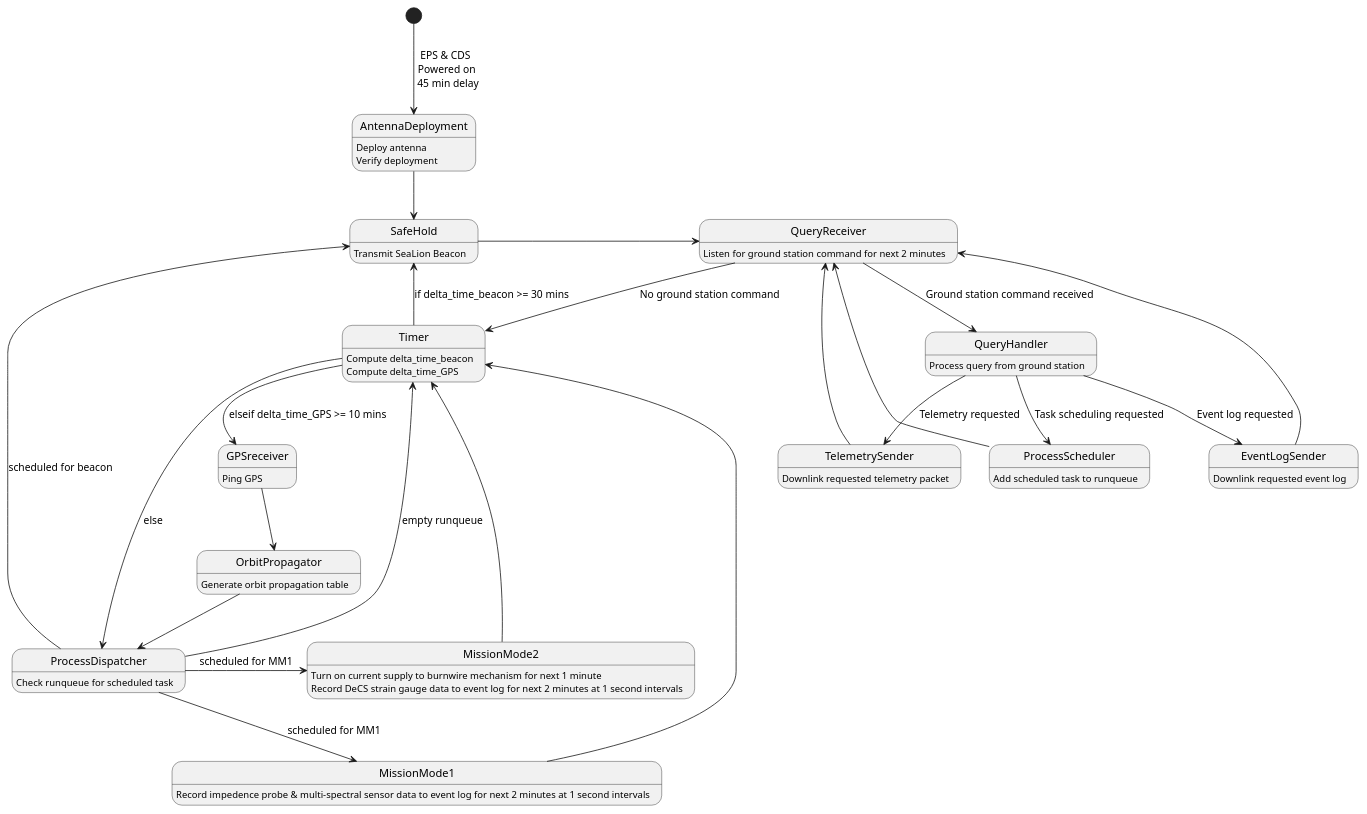
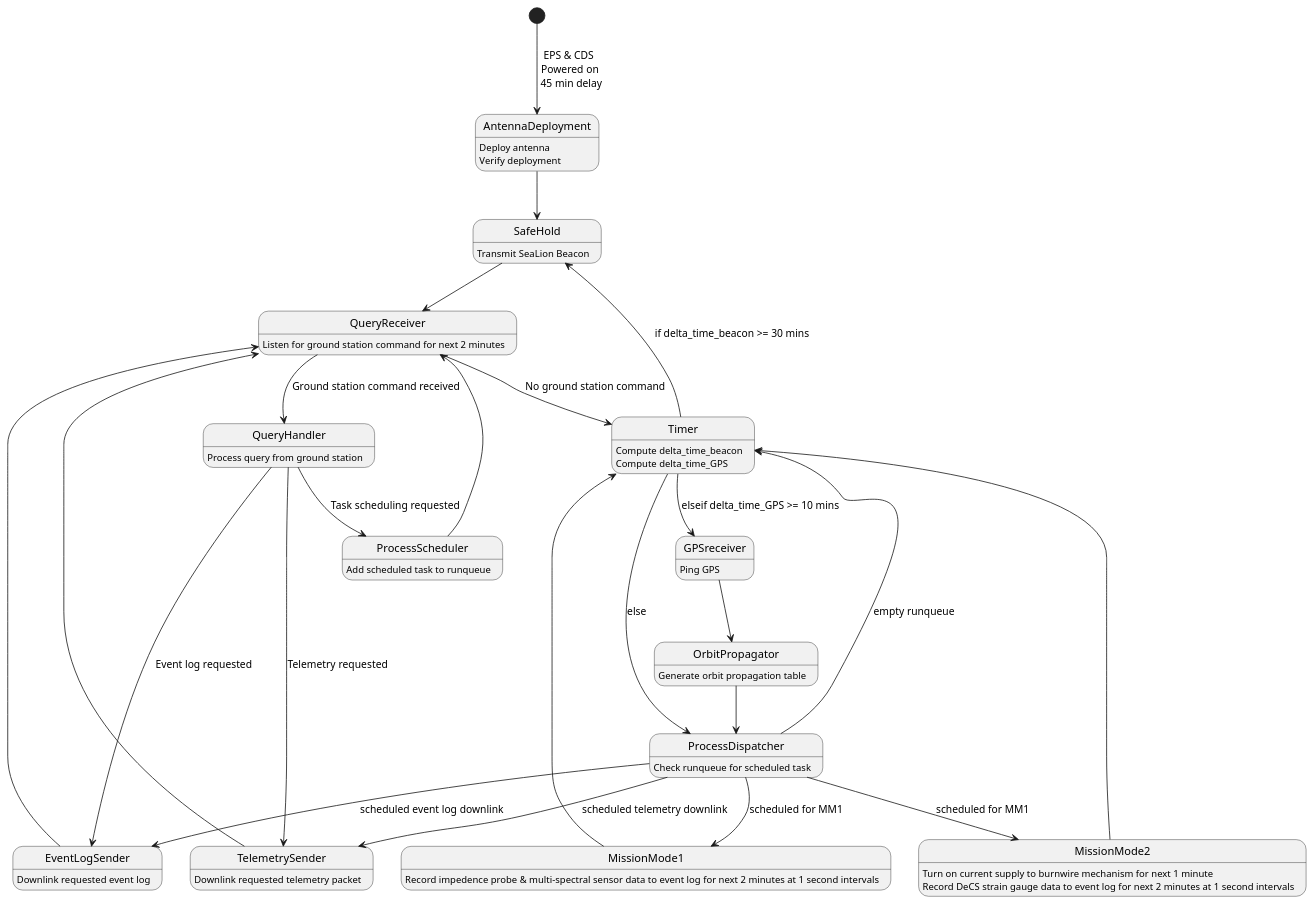
Before and after one commit to ODU-CGA-CubeSat/FSW: the diagram in fsw-architecture/operating-mode-as-fsm.puml, drawn with PlantUML.

Commit message:
add scheduled EventLogger or TelemetrySender

```diff
--- a/fsw-architecture/operating-mode-as-fsm.puml
+++ b/fsw-architecture/operating-mode-as-fsm.puml
@@ -1,55 +1,56 @@
 @startuml
 
 state AntennaDeployment
       AntennaDeployment : Deploy antenna
       AntennaDeployment : Verify deployment
 state SafeHold
       SafeHold : Transmit SeaLion Beacon
 state QueryReceiver
       QueryReceiver : Listen for ground station command for next 2 minutes
 state TelemetrySender
       TelemetrySender : Downlink requested telemetry packet
 state EventLogSender
       EventLogSender : Downlink requested event log
 state Timer
       Timer : Compute delta_time_beacon
       Timer : Compute delta_time_GPS
 state MissionMode1
       MissionMode1 : Record impedence probe & multi-spectral sensor data to event log for next 2 minutes at 1 second intervals
 state MissionMode2
       MissionMode2 : Turn on current supply to burnwire mechanism for next 1 minute
       MissionMode2 : Record DeCS strain gauge data to event log for next 2 minutes at 1 second intervals
 state ProcessDispatcher
       ProcessDispatcher : Check runqueue for scheduled task
 state OrbitPropagator
       OrbitPropagator : Generate orbit propagation table
 state GPSreceiver
       GPSreceiver : Ping GPS
 state QueryHandler
       QueryHandler : Process query from ground station
 state ProcessScheduler
       ProcessScheduler : Add scheduled task to runqueue
 
 [*] --> AntennaDeployment : EPS & CDS \n Powered on \n 45 min delay
 AntennaDeployment --> SafeHold
-SafeHold -> QueryReceiver
+SafeHold --> QueryReceiver
 QueryReceiver --> QueryHandler : Ground station command received
-QueryReceiver -> Timer : No ground station command
+QueryReceiver --> Timer : No ground station command
 QueryHandler --> TelemetrySender : Telemetry requested
 QueryHandler --> EventLogSender : Event log requested
 QueryHandler --> ProcessScheduler : Task scheduling requested
 TelemetrySender --> QueryReceiver
 EventLogSender --> QueryReceiver
 ProcessScheduler --> QueryReceiver
 MissionMode1 --> Timer
 MissionMode2 --> Timer
 GPSreceiver --> OrbitPropagator
 OrbitPropagator --> ProcessDispatcher
 Timer --> SafeHold : if delta_time_beacon >= 30 mins
 Timer --> GPSreceiver : elseif delta_time_GPS >= 10 mins
 Timer --> ProcessDispatcher : else
-ProcessDispatcher --> SafeHold : scheduled for beacon
 ProcessDispatcher --> MissionMode1 : scheduled for MM1
-ProcessDispatcher -> MissionMode2 : scheduled for MM1
+ProcessDispatcher --> MissionMode2 : scheduled for MM1
 ProcessDispatcher --> Timer : empty runqueue
+ProcessDispatcher --> EventLogSender : scheduled event log downlink
+ProcessDispatcher --> TelemetrySender : scheduled telemetry downlink
 @enduml
```
